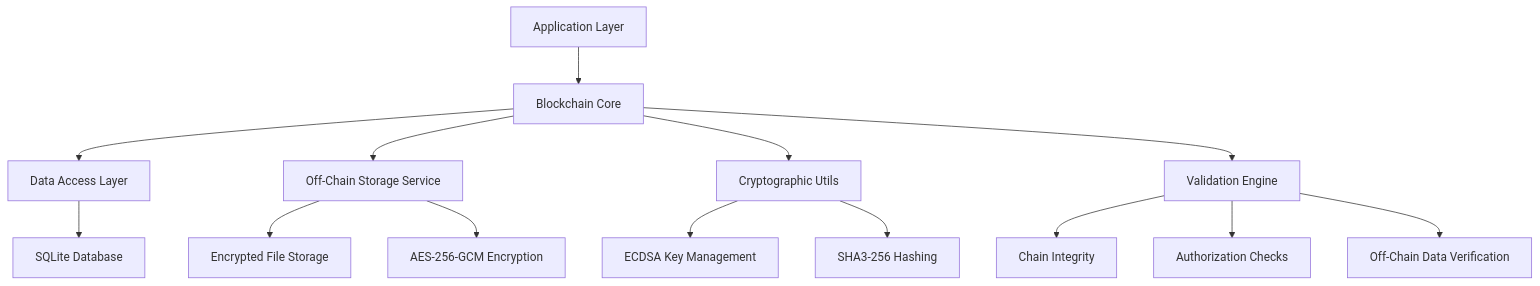
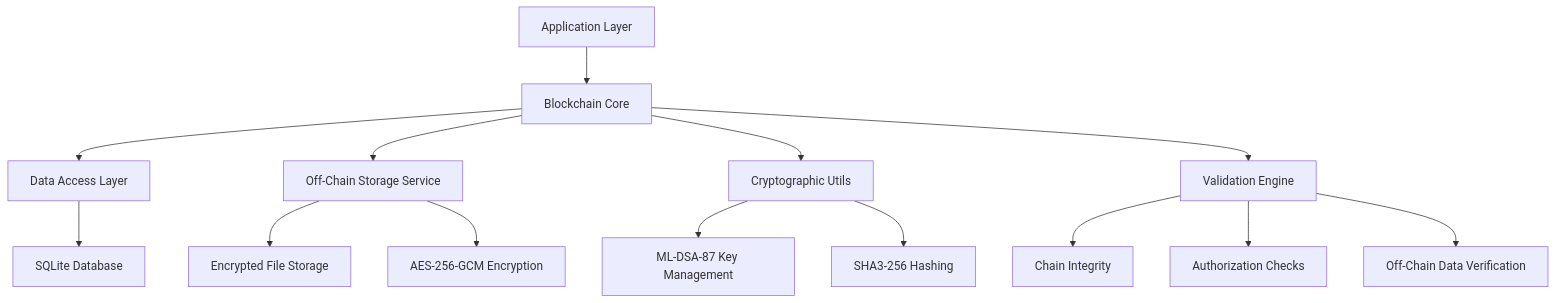
One commit to rbatllet/private-blockchain changed the first of 2 diagrams in docs/reference/TECHNICAL_DETAILS.md. Above: the diagram before and after it, drawn with Mermaid. The commit also changed other lines of this file and 42 other files, not shown here.

````diff
--- a/docs/reference/TECHNICAL_DETAILS.md
+++ b/docs/reference/TECHNICAL_DETAILS.md
@@ -49,16 +49,16 @@
 ```mermaid
 graph TD
     A[Application Layer] --> B[Blockchain Core]
     B --> C[Data Access Layer]
     C --> D[SQLite Database]
     B --> K[Off-Chain Storage Service]
     K --> L[Encrypted File Storage]
     K --> M[AES-256-GCM Encryption]
     B --> E[Cryptographic Utils]
-    E --> F[ECDSA Key Management]
+    E --> F[ML-DSA-87 Key Management]
     E --> G[SHA3-256 Hashing]
     B --> H[Validation Engine]
     H --> I[Chain Integrity]
     H --> J[Authorization Checks]
     H --> N[Off-Chain Data Verification]
 ```
````
